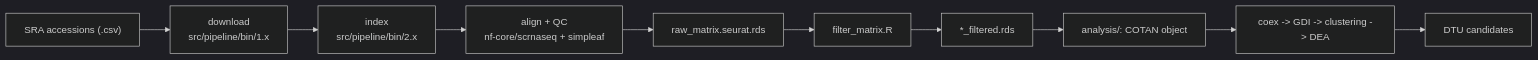
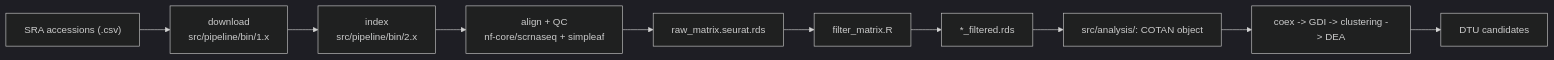
The diagram in README.md (ldelitala/sc-isoform-cotan), drawn with Mermaid (dark theme) before and after one commit. The commit also changed other lines of this file and 83 other files, not shown here.

Commit message:
reorg: move cotanisoform/ and analysis/ under src/ (src/cotanisoform/, src/analysis/); update all references

````diff
--- a/README.md
+++ b/README.md
@@ -26,12 +26,12 @@
 ```mermaid
 graph LR
   A["SRA accessions (.csv)"] --> B["download<br/>src/pipeline/bin/1.x"]
   B --> C["index<br/>src/pipeline/bin/2.x"]
   C --> D["align + QC<br/>nf-core/scrnaseq + simpleaf"]
   D --> E["raw_matrix.seurat.rds"]
   E --> F["filter_matrix.R"]
   F --> G["*_filtered.rds"]
-  G --> H["analysis/: COTAN object"]
+  G --> H["src/analysis/: COTAN object"]
   H --> I["coex -> GDI -> clustering -> DEA"]
   I --> J["DTU candidates"]
 ```
````
